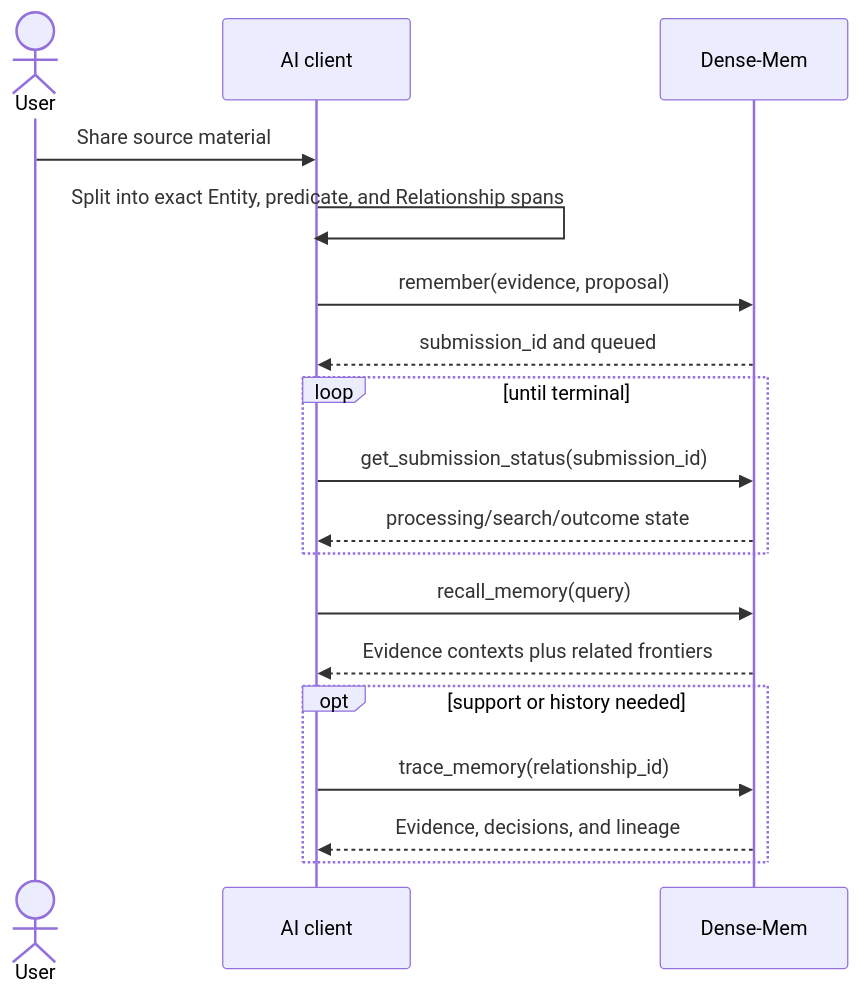
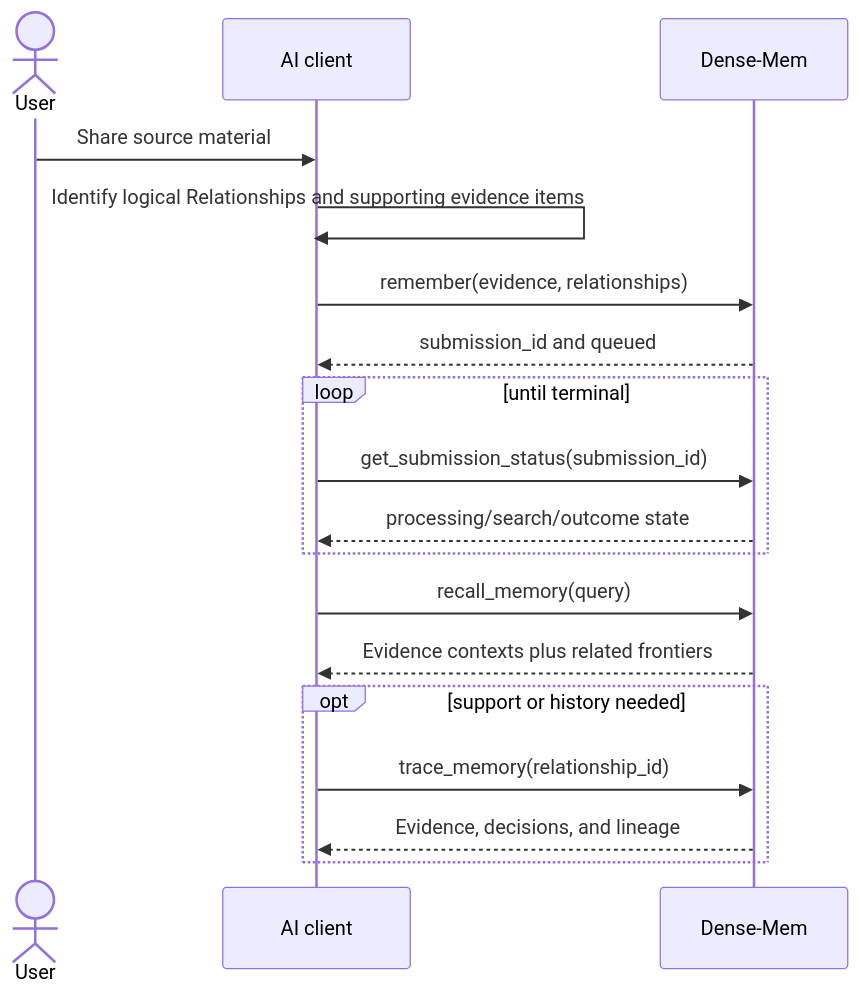
The diagram in Using-Dense-Mem.md (markhuangai/dense-mem), drawn with Mermaid before and after one commit. The commit also changed other lines of this file and 24 other files, not shown here.

```diff
--- a/Using-Dense-Mem.md
+++ b/Using-Dense-Mem.md
@@ -13,22 +14,22 @@
 ~~~mermaid
 %%{init: {"sequence": {"rightAngles": true}}}%%
 sequenceDiagram
   actor User
   participant Host as AI client
   participant DM as Dense-Mem
 
   User->>Host: Share source material
-  Host->>Host: Split into exact Entity, predicate, and Relationship spans
-  Host->>DM: remember(evidence, proposal)
+  Host->>Host: Identify logical Relationships and supporting evidence items
+  Host->>DM: remember(evidence, relationships)
   DM-->>Host: submission_id and queued
   loop until terminal
     Host->>DM: get_submission_status(submission_id)
     DM-->>Host: processing/search/outcome state
   end
   Host->>DM: recall_memory(query)
   DM-->>Host: Evidence contexts plus related frontiers
   opt support or history needed
     Host->>DM: trace_memory(relationship_id)
     DM-->>Host: Evidence, decisions, and lineage
   end
 ~~~
```
